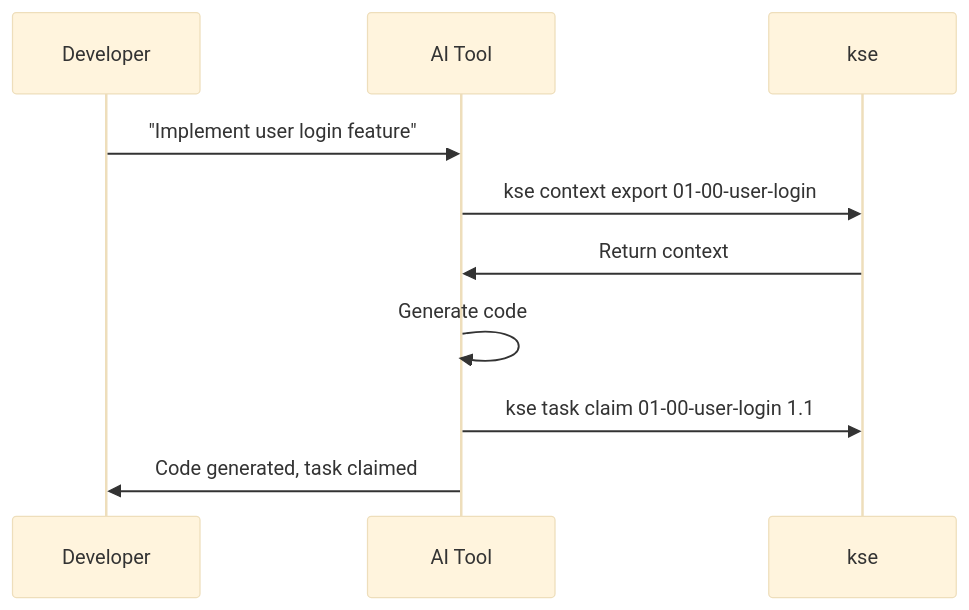
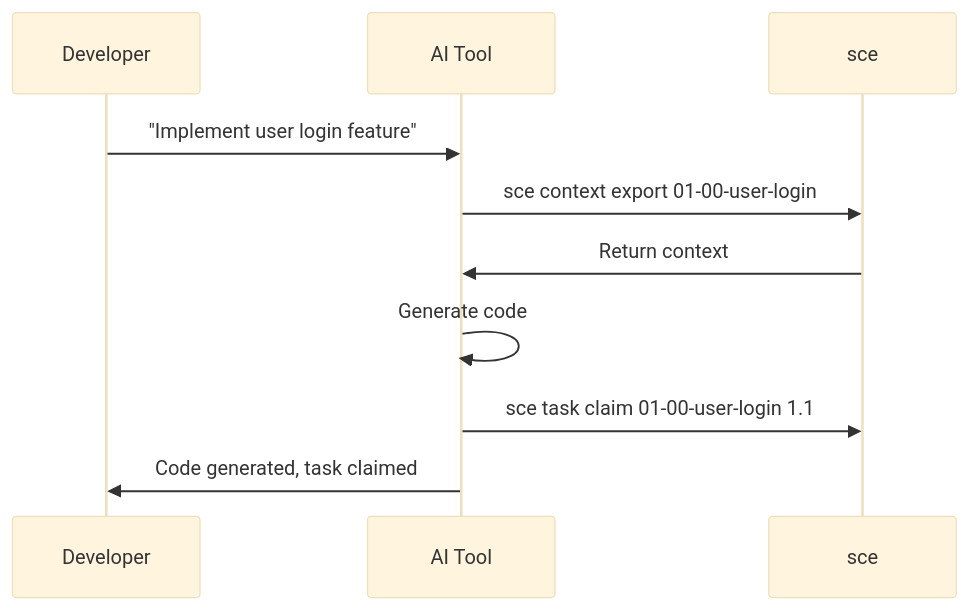
The fifth of 5 diagrams in docs/spec-workflow.md (LuChangQiu/kiro-spec-engine), drawn with Mermaid (base theme) before and after one commit. The commit also changed other lines of this file and 237 other files, not shown here.

````diff
--- a/docs/spec-workflow.md
+++ b/docs/spec-workflow.md
@@ -388,13 +388,13 @@
 ```mermaid
 sequenceDiagram
     participant Dev as Developer
     participant AI as AI Tool
-    participant kse as kse
+    participant sce as sce
     
     Dev->>AI: "Implement user login feature"
-    AI->>kse: kse context export 01-00-user-login
-    kse->>AI: Return context
+    AI->>sce: sce context export 01-00-user-login
+    sce->>AI: Return context
     AI->>AI: Generate code
-    AI->>kse: kse task claim 01-00-user-login 1.1
+    AI->>sce: sce task claim 01-00-user-login 1.1
     AI->>Dev: Code generated, task claimed
 ```
````
